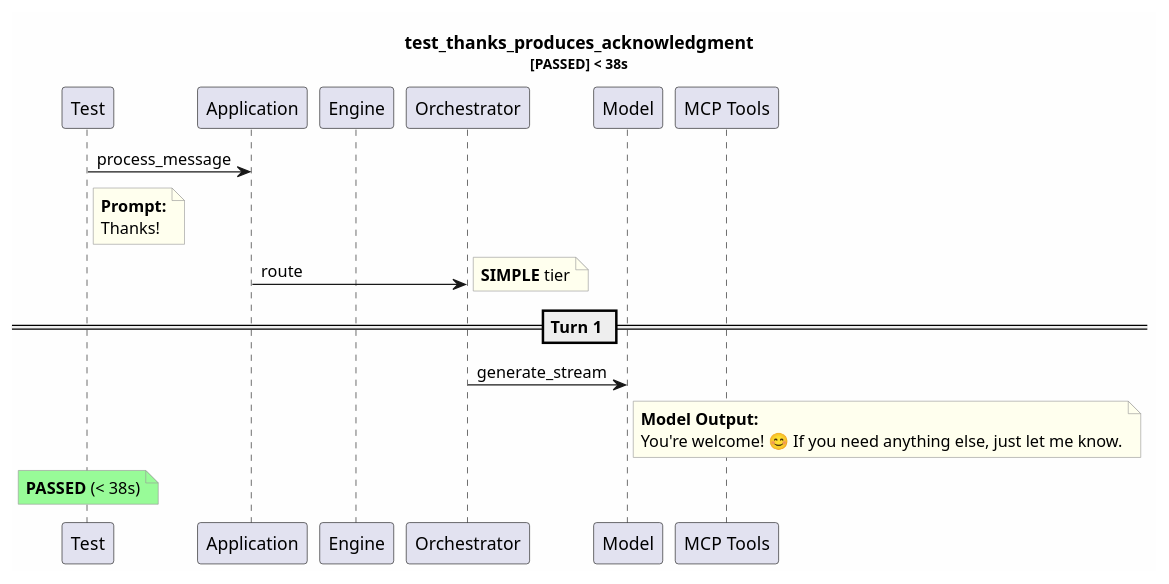
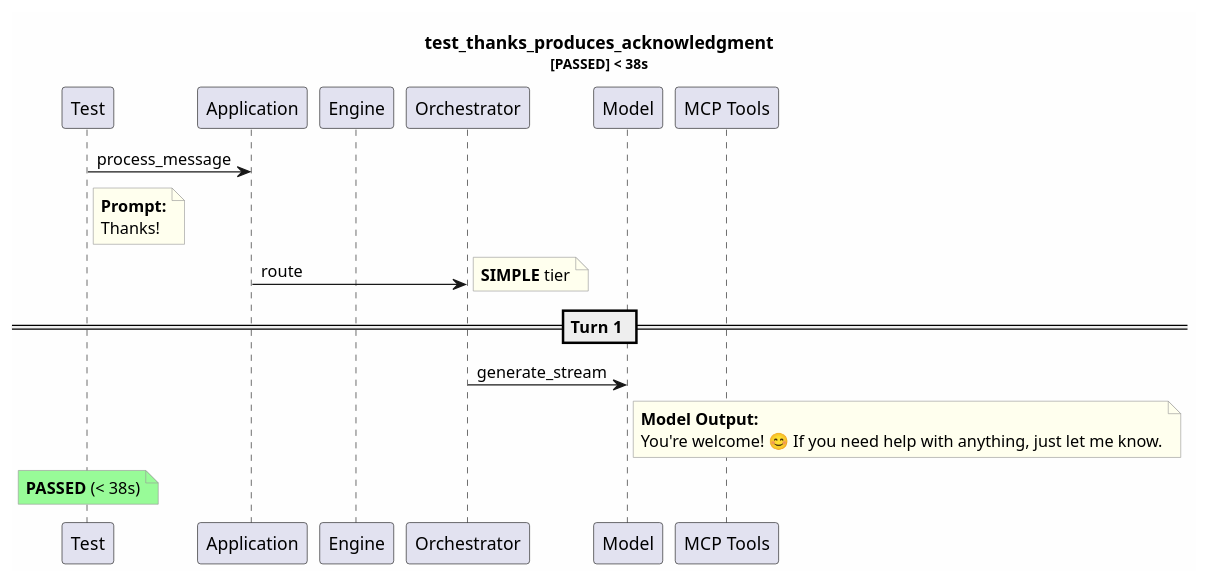
One commit to tvanfossen/entropic changed the diagram in test-reports/logs/test_thanks_produces_acknowledgment/test_thanks_produces_acknowledgment.puml. Above: the diagram before and after it, drawn with PlantUML. The commit also changed 30 other files, not shown here.

```diff
--- a/test-reports/logs/test_thanks_produces_acknowledgment/test_thanks_produces_acknowledgment.puml
+++ b/test-reports/logs/test_thanks_produces_acknowledgment/test_thanks_produces_acknowledgment.puml
@@ -1,31 +1,31 @@
 @startuml
 skinparam backgroundColor #FEFEFE
 skinparam noteBorderColor #999999
 skinparam noteBackgroundColor #FFFFEE
 title test_thanks_produces_acknowledgment\n<size:11>[PASSED] < 38s</size>
 
 participant "Test" as T
 participant "Application" as App
 participant "Engine" as Eng
 participant "Orchestrator" as Orch
 participant "Model" as Mdl
 participant "MCP Tools" as MCP
 
 T -> App: process_message
 note right of T
   **Prompt:**
   Thanks!
 end note
 App -> Orch: route
 note right: **SIMPLE** tier
 == Turn 1 ==
 Orch -> Mdl: generate_stream
 note right of Mdl
   **Model Output:**
-  You're welcome! 😊 If you need anything else, just let me know.
+  You're welcome! 😊 If you need help with anything, just let me know.
 end note
 note over T #palegreen
   **PASSED** (< 38s)
 end note
 
 @enduml
```
